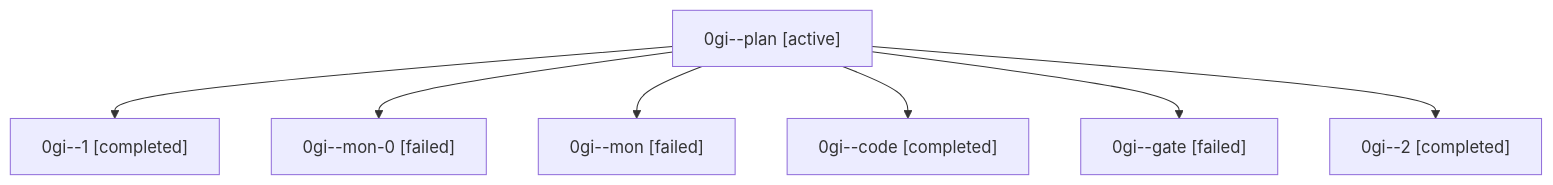
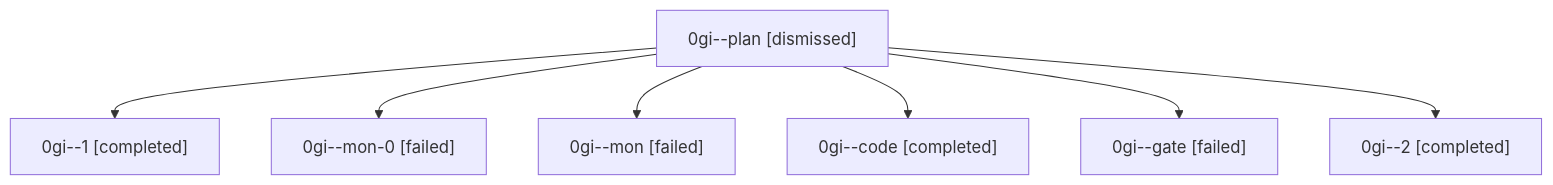
The diagram in sessions/bbugyi200.athena.0gi.md (sase-org/sase--agents), drawn with Mermaid before and after one commit. The commit also changed other lines of this file and 28 other files, not shown here.

````diff
--- a/sessions/bbugyi200.athena.0gi.md
+++ b/sessions/bbugyi200.athena.0gi.md
@@ -9,16 +9,16 @@
 ```mermaid
 flowchart TD
-  n0["0gi--plan [active]"]
+  n0["0gi--plan [dismissed]"]
   n1["0gi--1 [completed]"]
   n0 --> n1
   n2["0gi--mon-0 [failed]"]
   n0 --> n2
   n3["0gi--mon [failed]"]
   n0 --> n3
   n4["0gi--code [completed]"]
   n0 --> n4
   n5["0gi--gate [failed]"]
   n0 --> n5
   n6["0gi--2 [completed]"]
   n0 --> n6
 ```
````
